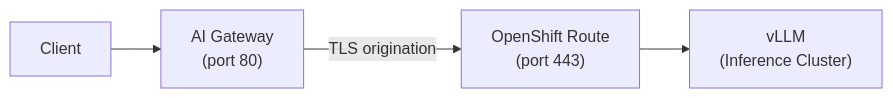
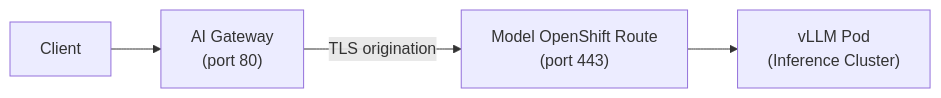
One commit to rrbanda/maas-demo changed the second of 2 diagrams in docs/architecture.md. Above: the diagram before and after it, drawn with Mermaid. The commit also changed other lines of this file and 3 other files, not shown here.

````diff
--- a/docs/architecture.md
+++ b/docs/architecture.md
@@ -143,6 +146,6 @@
 ```mermaid
 flowchart LR
     C["Client"] --> GW["AI Gateway<br/>(port 80)"]
-    GW -->|"TLS origination"| Route["OpenShift Route<br/>(port 443)"]
-    Route --> Model["vLLM<br/>(Inference Cluster)"]
+    GW -->|"TLS origination"| Route["Model OpenShift Route<br/>(port 443)"]
+    Route --> Model["vLLM Pod<br/>(Inference Cluster)"]
 ```
````
